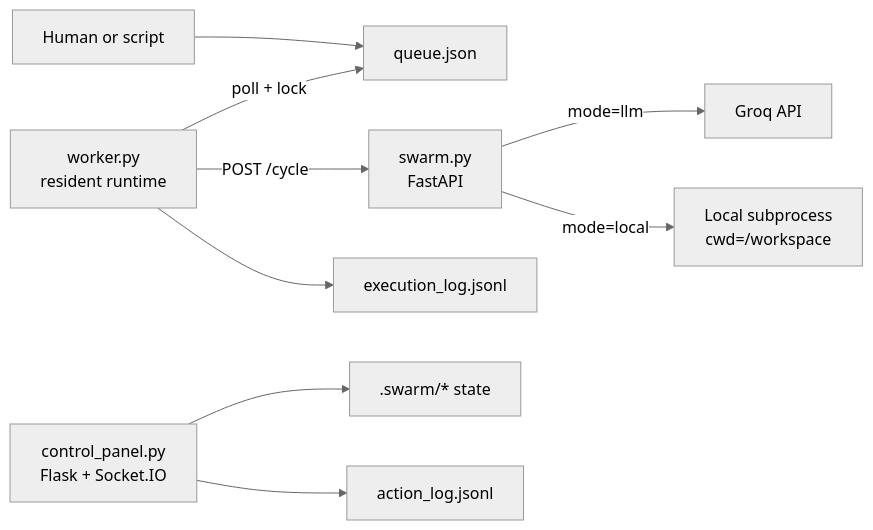
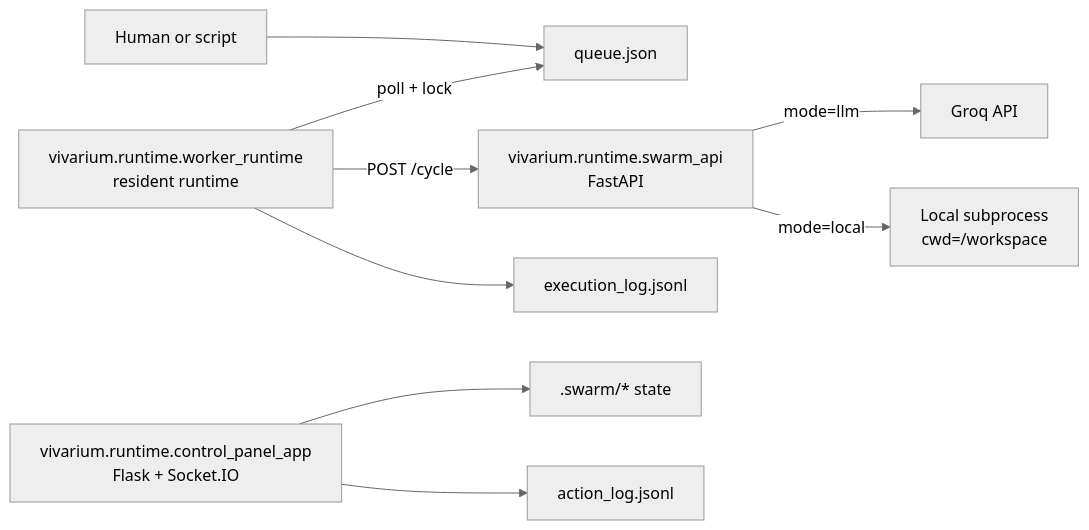
Before and after one commit to cyberkrunk69/Vivarium: the diagram in README.md, drawn with Mermaid (neutral theme). The commit also changed other lines of this file and 17 other files, not shown here.

````diff
--- a/README.md
+++ b/README.md
@@ -78,12 +78,12 @@
 ```mermaid
 flowchart LR
     H[Human or script] --> Q[queue.json]
-    W[worker.py<br/>resident runtime] -->|poll + lock| Q
-    W -->|POST /cycle| API[swarm.py<br/>FastAPI]
+    W[vivarium.runtime.worker_runtime<br/>resident runtime] -->|poll + lock| Q
+    W -->|POST /cycle| API[vivarium.runtime.swarm_api<br/>FastAPI]
     API -->|mode=llm| G[Groq API]
     API -->|mode=local| L[Local subprocess<br/>cwd=/workspace]
     W --> EX[execution_log.jsonl]
 
-    CP[control_panel.py<br/>Flask + Socket.IO] --> SW[.swarm/* state]
+    CP[vivarium.runtime.control_panel_app<br/>Flask + Socket.IO] --> SW[.swarm/* state]
     CP --> AL[action_log.jsonl]
 ```
````
